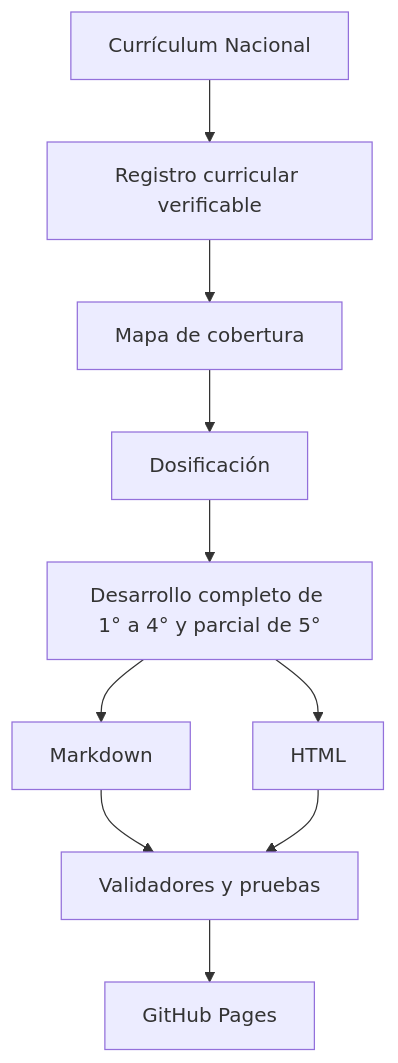
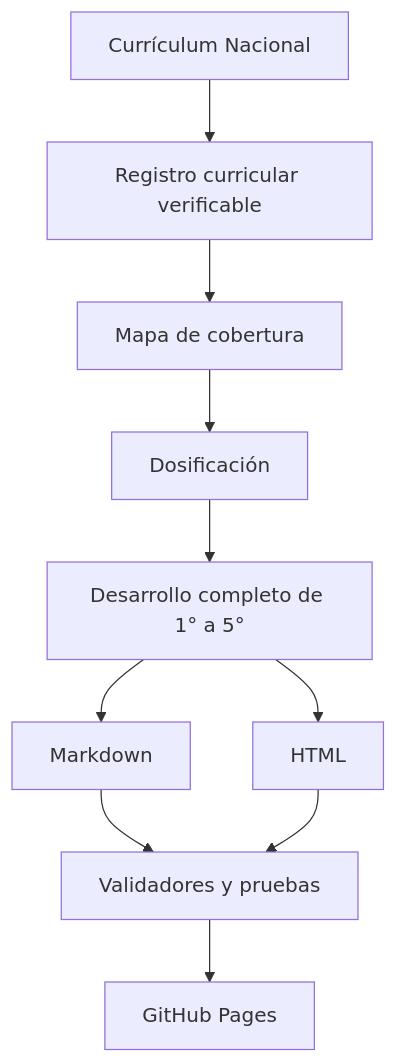
The second of 2 diagrams in README.md (vladimiracunadev-create/chilean-school-learning-path), drawn with Mermaid before and after one commit. The commit also changed other lines of this file and 433 other files, not shown here.

````diff
--- a/README.md
+++ b/README.md
@@ -346,12 +355,12 @@
 ```mermaid
 flowchart TD
     A[Currículum Nacional] --> B[Registro curricular verificable]
     B --> C[Mapa de cobertura]
     C --> D[Dosificación]
-    D --> E[Desarrollo completo de 1° a 4° y parcial de 5°]
+    D --> E[Desarrollo completo de 1° a 5°]
     E --> F[Markdown]
     E --> G[HTML]
     F --> H[Validadores y pruebas]
     G --> H
     H --> I[GitHub Pages]
 ```
````
